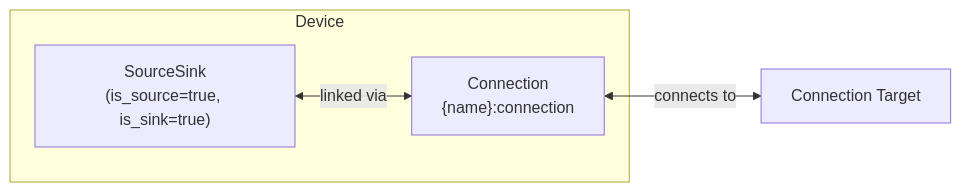
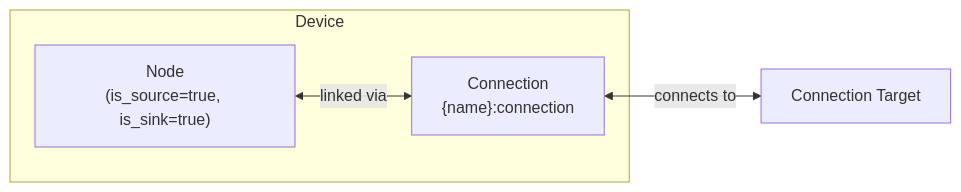
Before and after one commit to hass-energy/haeo: the diagram in docs/modeling/device-layer/grid.md, drawn with Mermaid. The commit also changed other lines of this file and 18 other files, not shown here.

````diff
--- a/docs/modeling/device-layer/grid.md
+++ b/docs/modeling/device-layer/grid.md
@@ -7,12 +7,12 @@
 ```mermaid
 graph LR
     subgraph "Device"
-        SS["SourceSink<br/>(is_source=true, is_sink=true)"]
+        SS["Node<br/>(is_source=true, is_sink=true)"]
         Conn["Connection<br/>{name}:connection"]
     end
 
     Node[Connection Target]
 
     SS <-->|linked via| Conn
     Conn <-->|connects to| Node
 ```
````
